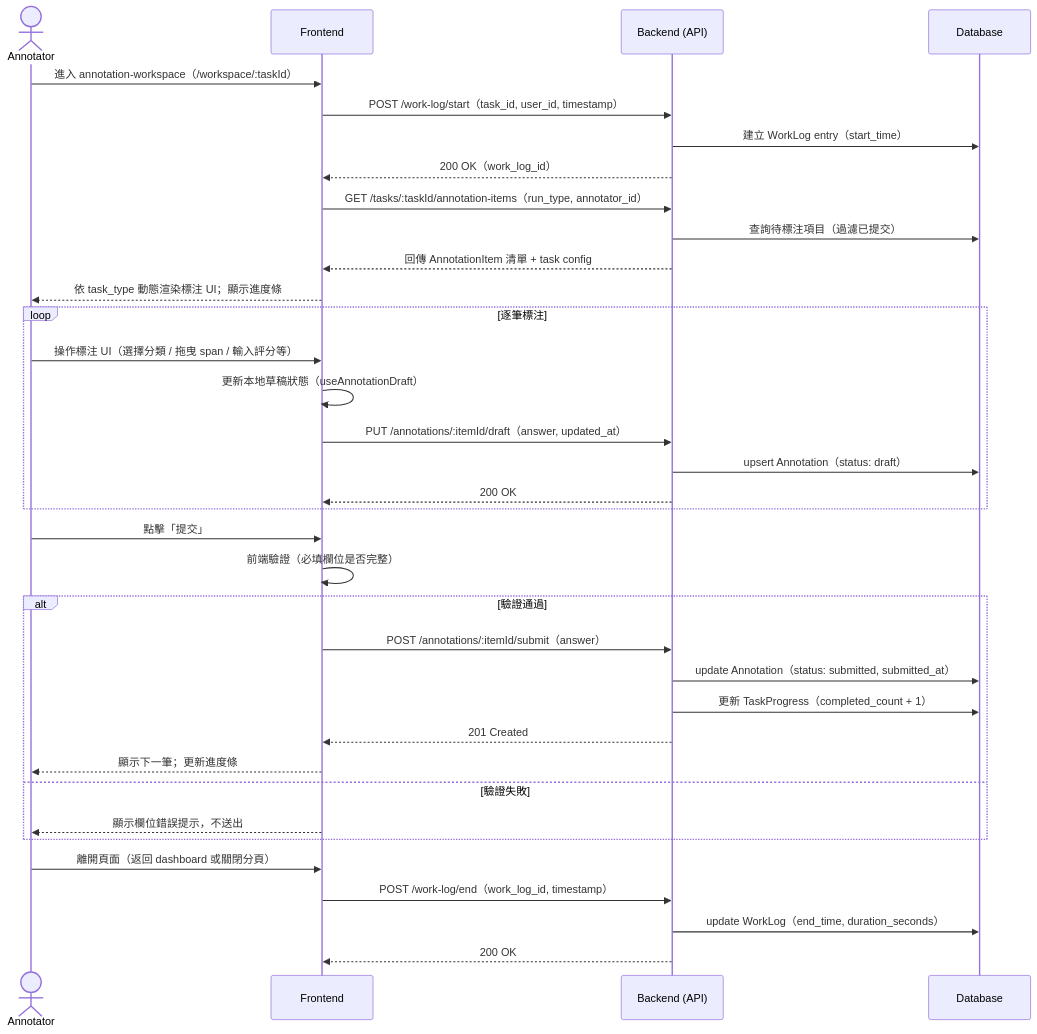
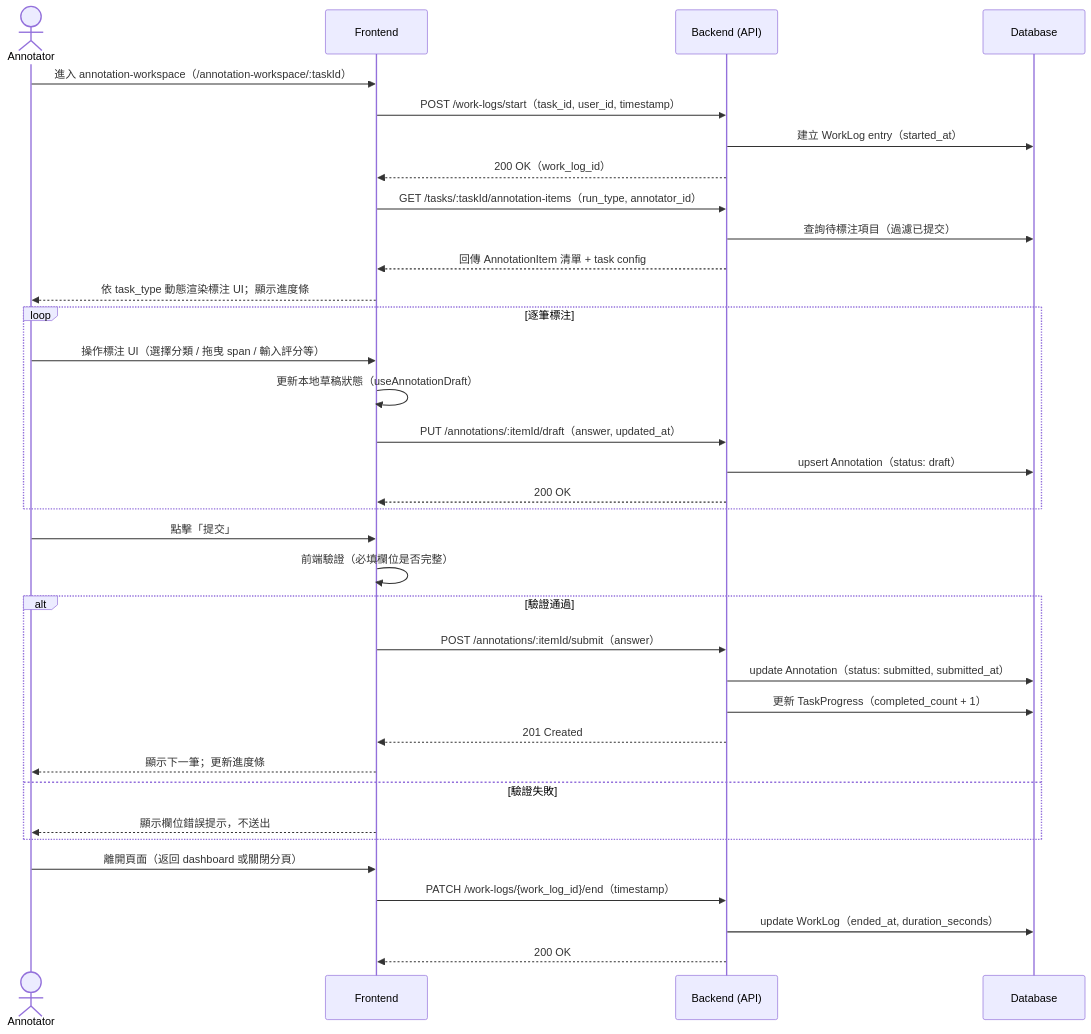
The first of 2 diagrams in specs/annotation/015-annotation-workspace/spec.md (singyichen/label-suite), drawn with Mermaid before and after one commit. The commit also changed other lines of this file and 6 other files, not shown here.

````diff
--- a/specs/annotation/015-annotation-workspace/spec.md
+++ b/specs/annotation/015-annotation-workspace/spec.md
@@ -12,43 +12,43 @@
 ```mermaid
 sequenceDiagram
     actor AN as Annotator
     participant FE as Frontend
     participant BE as Backend (API)
     participant DB as Database
 
-    AN->>FE: 進入 annotation-workspace（/workspace/:taskId）
-    FE->>BE: POST /work-log/start（task_id, user_id, timestamp）
-    BE->>DB: 建立 WorkLog entry（start_time）
+    AN->>FE: 進入 annotation-workspace（/annotation-workspace/:taskId）
+    FE->>BE: POST /work-logs/start（task_id, user_id, timestamp）
+    BE->>DB: 建立 WorkLog entry（started_at）
     BE-->>FE: 200 OK（work_log_id）
 
     FE->>BE: GET /tasks/:taskId/annotation-items（run_type, annotator_id）
     BE->>DB: 查詢待標注項目（過濾已提交）
     BE-->>FE: 回傳 AnnotationItem 清單 + task config
 
     FE-->>AN: 依 task_type 動態渲染標注 UI；顯示進度條
 
     loop 逐筆標注
         AN->>FE: 操作標注 UI（選擇分類 / 拖曳 span / 輸入評分等）
         FE->>FE: 更新本地草稿狀態（useAnnotationDraft）
         FE->>BE: PUT /annotations/:itemId/draft（answer, updated_at）
         BE->>DB: upsert Annotation（status: draft）
         BE-->>FE: 200 OK
     end
 
     AN->>FE: 點擊「提交」
     FE->>FE: 前端驗證（必填欄位是否完整）
     alt 驗證通過
         FE->>BE: POST /annotations/:itemId/submit（answer）
         BE->>DB: update Annotation（status: submitted, submitted_at）
         BE->>DB: 更新 TaskProgress（completed_count + 1）
         BE-->>FE: 201 Created
         FE-->>AN: 顯示下一筆；更新進度條
     else 驗證失敗
         FE-->>AN: 顯示欄位錯誤提示，不送出
     end
 
     AN->>FE: 離開頁面（返回 dashboard 或關閉分頁）
-    FE->>BE: POST /work-log/end（work_log_id, timestamp）
-    BE->>DB: update WorkLog（end_time, duration_seconds）
+    FE->>BE: PATCH /work-logs/{work_log_id}/end（timestamp）
+    BE->>DB: update WorkLog（ended_at, duration_seconds）
     BE-->>FE: 200 OK
 ```
````
